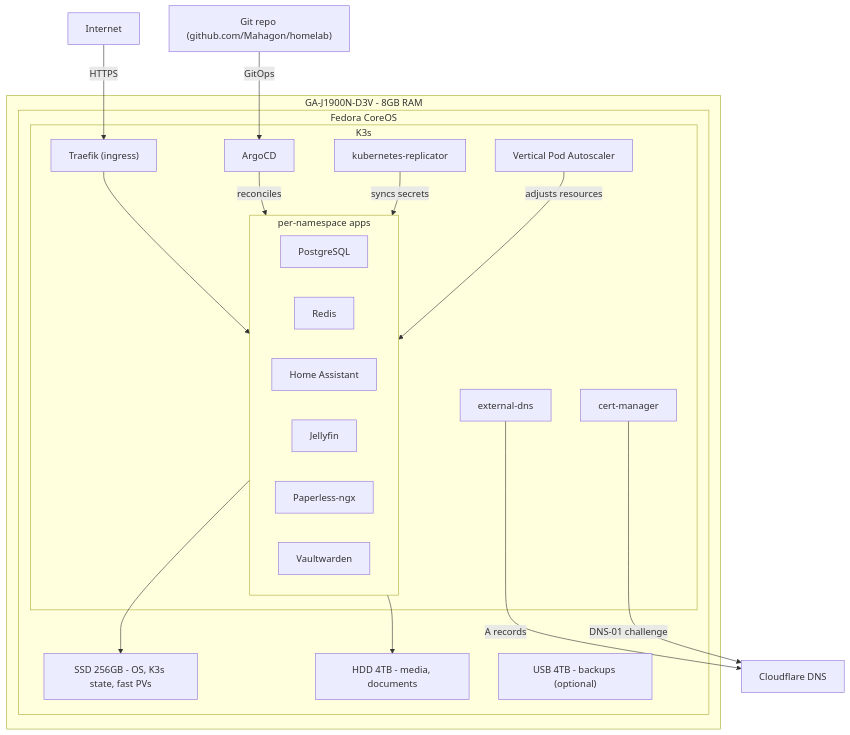
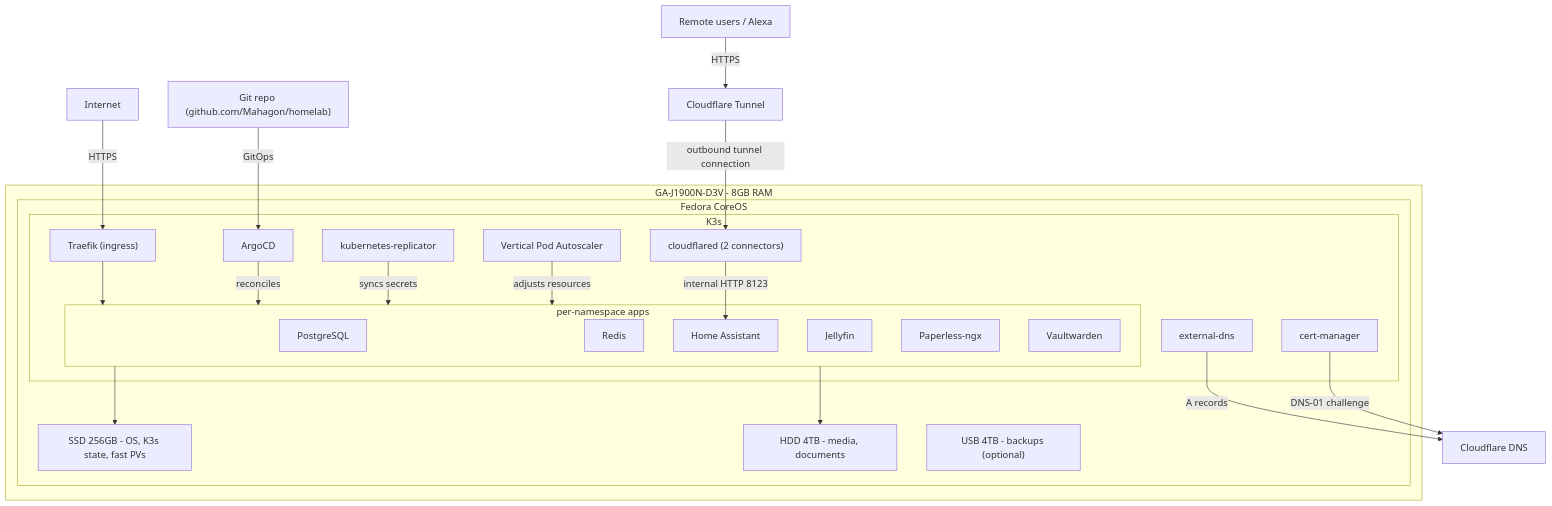
The first of 2 diagrams in README.md (Mahagon/homelab), drawn with Mermaid before and after one commit. The commit also changed other lines of this file, not shown here.

Commit message:
docs: update README.md to include Cloudflare Tunnel and Alexa integration details

````diff
--- a/README.md
+++ b/README.md
@@ -7,41 +7,45 @@
 ```mermaid
 graph TD
     Internet -->|HTTPS| Traefik
+    RemoteUsers["Remote users / Alexa"] -->|HTTPS| CloudflareTunnel["Cloudflare Tunnel"]
     Git["Git repo (github.com/Mahagon/homelab)"] -->|GitOps| ArgoCD
     ExternalDNS -->|A records| Cloudflare["Cloudflare DNS"]
     CertManager -->|DNS-01 challenge| Cloudflare
 
     subgraph hw["GA-J1900N-D3V - 8GB RAM"]
         subgraph fcos["Fedora CoreOS"]
             subgraph cluster["K3s"]
                 ArgoCD
                 Traefik["Traefik (ingress)"]
                 CertManager["cert-manager"]
                 ExternalDNS["external-dns"]
+                Cloudflared["cloudflared (2 connectors)"]
                 Replicator["kubernetes-replicator"]
                 VPA["Vertical Pod Autoscaler"]
 
                 subgraph apps["per-namespace apps"]
                     PostgreSQL
                     Redis
                     HomeAssistant["Home Assistant"]
                     Jellyfin
                     Paperless["Paperless-ngx"]
                     Vaultwarden
                 end
 
                 Traefik --> apps
                 ArgoCD -->|reconciles| apps
                 Replicator -->|syncs secrets| apps
                 VPA -->|adjusts resources| apps
+                Cloudflared -->|internal HTTP 8123| HomeAssistant
             end
 
             SSD["SSD 256GB - OS, K3s state, fast PVs"]
             HDD["HDD 4TB - media, documents"]
             USB["USB 4TB - backups (optional)"]
         end
     end
 
     apps --> SSD
     apps --> HDD
+    CloudflareTunnel -->|outbound tunnel connection| Cloudflared
 ```
````
